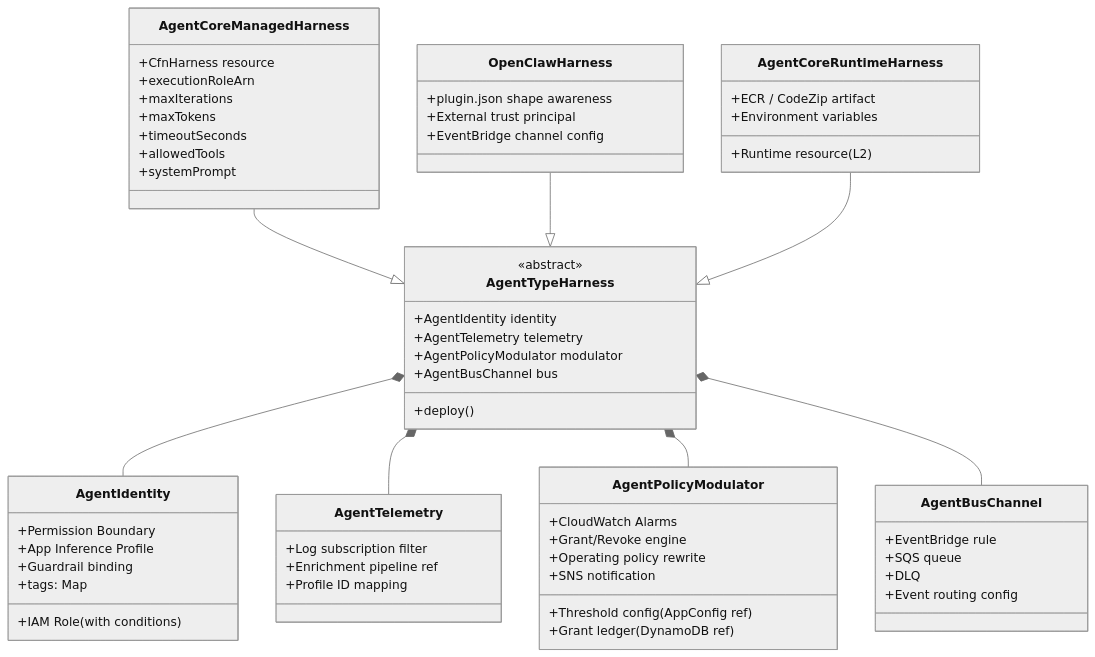
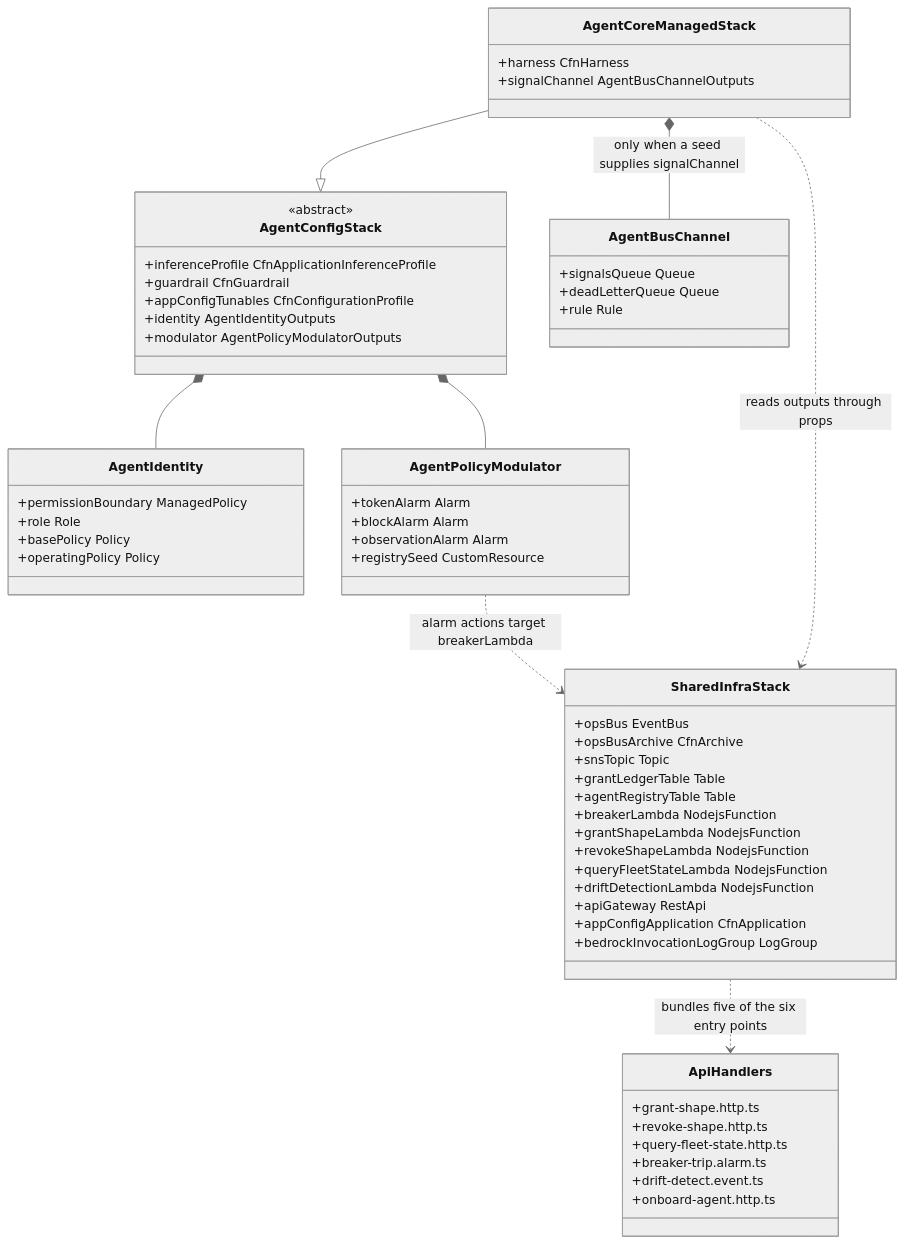
The third of 9 diagrams in .initial-planning/diagrams.md (MikeORed/hecatoncheires), drawn with Mermaid (neutral theme) before and after one commit. The commit also changed other lines of this file and 9 other files, not shown here.

````diff
--- a/.initial-planning/diagrams.md
+++ b/.initial-planning/diagrams.md
@@ -83,71 +105,71 @@
 ```mermaid
 classDiagram
-    class AgentTypeHarness {
+    direction TB
+
+    class SharedInfraStack {
+        +opsBus EventBus
+        +opsBusArchive CfnArchive
+        +snsTopic Topic
+        +grantLedgerTable Table
+        +agentRegistryTable Table
+        +breakerLambda NodejsFunction
+        +grantShapeLambda NodejsFunction
+        +revokeShapeLambda NodejsFunction
+        +queryFleetStateLambda NodejsFunction
+        +driftDetectionLambda NodejsFunction
+        +apiGateway RestApi
+        +appConfigApplication CfnApplication
+        +bedrockInvocationLogGroup LogGroup
+    }
+
+    class AgentConfigStack {
         <<abstract>>
-        +AgentIdentity identity
-        +AgentTelemetry telemetry
-        +AgentPolicyModulator modulator
-        +AgentBusChannel bus
-        +deploy()
+        +inferenceProfile CfnApplicationInferenceProfile
+        +guardrail CfnGuardrail
+        +appConfigTunables CfnConfigurationProfile
+        +identity AgentIdentityOutputs
+        +modulator AgentPolicyModulatorOutputs
+    }
+
+    class AgentCoreManagedStack {
+        +harness CfnHarness
+        +signalChannel AgentBusChannelOutputs
     }
 
     class AgentIdentity {
-        +IAM Role (with conditions)
-        +Permission Boundary
-        +App Inference Profile
-        +Guardrail binding
-        +tags: Map
-    }
-
-    class AgentTelemetry {
-        +Log subscription filter
-        +Enrichment pipeline ref
-        +Profile ID mapping
+        +permissionBoundary ManagedPolicy
+        +role Role
+        +basePolicy Policy
+        +operatingPolicy Policy
     }
 
     class AgentPolicyModulator {
-        +CloudWatch Alarms
-        +Grant/Revoke engine
-        +Operating policy rewrite
-        +SNS notification
-        +Threshold config (AppConfig ref)
-        +Grant ledger (DynamoDB ref)
+        +tokenAlarm Alarm
+        +blockAlarm Alarm
+        +observationAlarm Alarm
+        +registrySeed CustomResource
     }
 
     class AgentBusChannel {
-        +EventBridge rule
-        +SQS queue
-        +DLQ
-        +Event routing config
+        +signalsQueue Queue
+        +deadLetterQueue Queue
+        +rule Rule
     }
 
-    class AgentCoreManagedHarness {
-        +CfnHarness resource
-        +executionRoleArn
-        +maxIterations
-        +maxTokens
-        +timeoutSeconds
-        +allowedTools
-        +systemPrompt
+    class ApiHandlers {
+        +grant-shape.http.ts
+        +revoke-shape.http.ts
+        +query-fleet-state.http.ts
+        +breaker-trip.alarm.ts
+        +drift-detect.event.ts
+        +onboard-agent.http.ts
     }
 
-    class OpenClawHarness {
-        +plugin.json shape awareness
-        +External trust principal
-        +EventBridge channel config
-    }
-
-    class AgentCoreRuntimeHarness {
-        +Runtime resource (L2)
-        +ECR / CodeZip artifact
-        +Environment variables
-    }
-
-    AgentTypeHarness *-- AgentIdentity
-    AgentTypeHarness *-- AgentTelemetry
-    AgentTypeHarness *-- AgentPolicyModulator
-    AgentTypeHarness *-- AgentBusChannel
-    AgentCoreManagedHarness --|> AgentTypeHarness
-    OpenClawHarness --|> AgentTypeHarness
-    AgentCoreRuntimeHarness --|> AgentTypeHarness
+    AgentCoreManagedStack --|> AgentConfigStack
+    AgentConfigStack *-- AgentIdentity
+    AgentConfigStack *-- AgentPolicyModulator
+    AgentCoreManagedStack *-- AgentBusChannel : only when a seed supplies signalChannel
+    AgentCoreManagedStack ..> SharedInfraStack : reads outputs through props
+    AgentPolicyModulator ..> SharedInfraStack : alarm actions target breakerLambda
+    SharedInfraStack ..> ApiHandlers : bundles five of the six entry points
 ```
````
